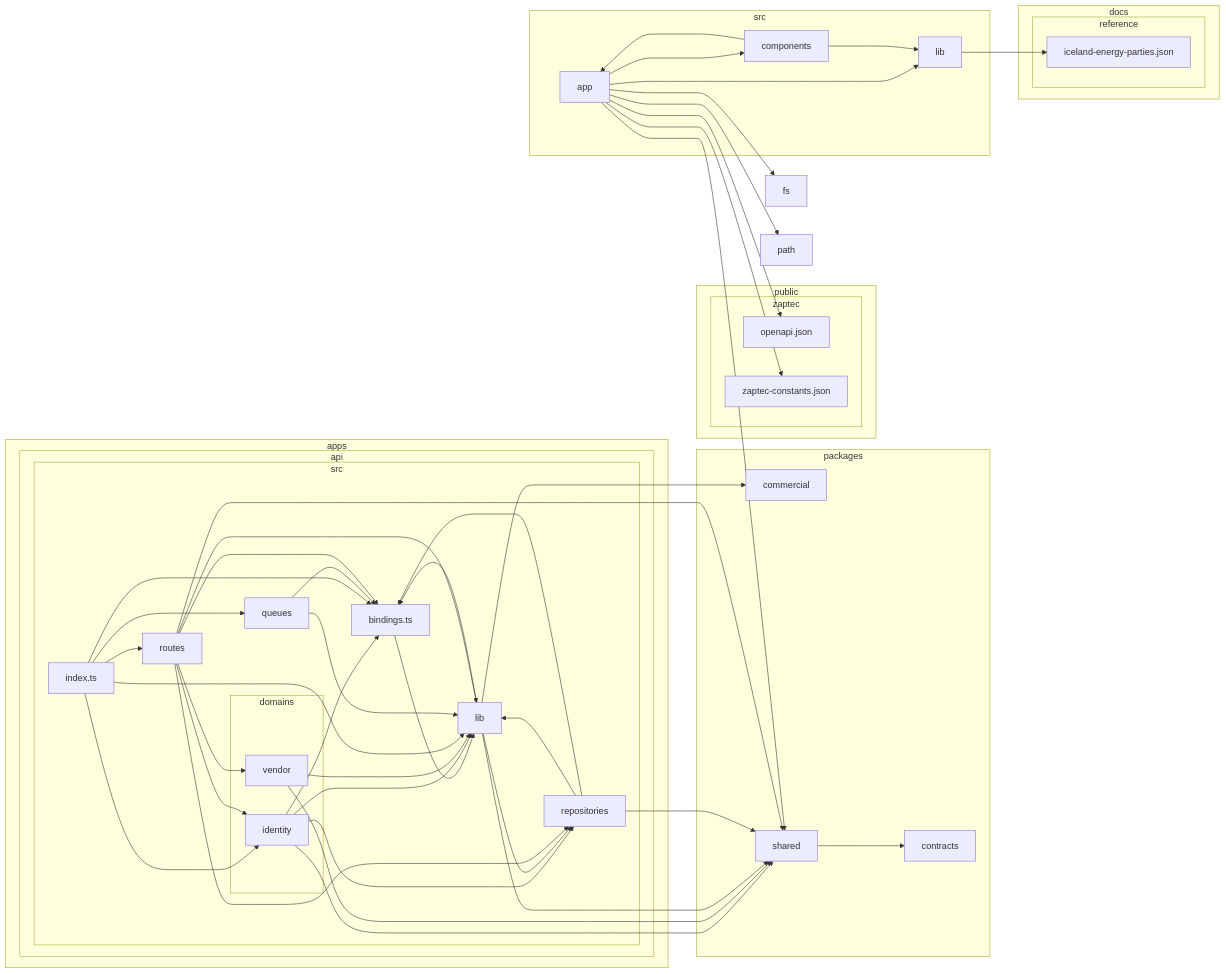
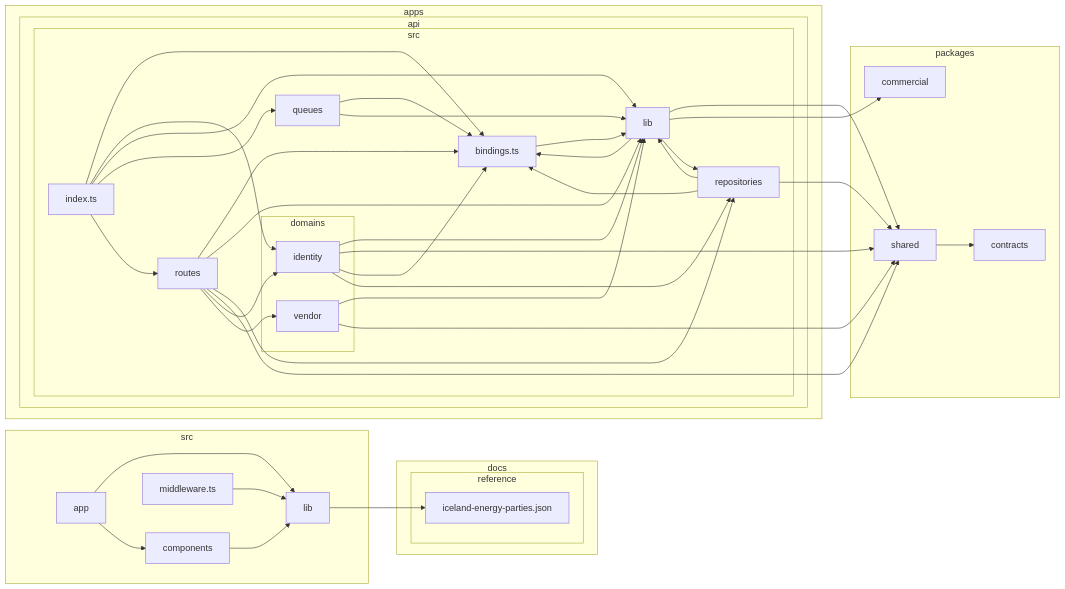
One commit to andri187/Straumvakt changed the diagram in docs/architecture/dependency-graph.md. Above: the diagram before and after it, drawn with Mermaid. The commit also changed 1 other file, not shown here.

First paragraph of the commit message:
chore(docs): regenerate dependency-graph and api-endpoints from the RC tree
Both were inherited red on this candidate. Regenerated with their canonical
generators (`npm run deps:graph`, `npm run api:endpoints`) against the release
candidate's own tree — no hand-editing of generated output.

````diff
--- a/docs/architecture/dependency-graph.md
+++ b/docs/architecture/dependency-graph.md
@@ -25,81 +25,69 @@
 ```mermaid
 flowchart LR
 
 subgraph 0["apps"]
 subgraph 1["api"]
 subgraph 2["src"]
 3["bindings.ts"]
 subgraph 4["domains"]
 5["identity"]
 6["vendor"]
 end
 7["index.ts"]
 8["lib"]
 9["queues"]
 A["repositories"]
 B["routes"]
 end
 end
 end
 subgraph C["docs"]
 subgraph D["reference"]
 E["iceland-energy-parties.json"]
 end
 end
-F["fs"]
-subgraph G["packages"]
-H["commercial"]
-I["contracts"]
-J["shared"]
+subgraph F["packages"]
+G["commercial"]
+H["contracts"]
+I["shared"]
 end
-K["path"]
-subgraph L["public"]
-subgraph M["zaptec"]
-N["openapi.json"]
-O["zaptec-constants.json"]
-end
-end
-subgraph P["src"]
-Q["app"]
-R["components"]
-S["lib"]
+subgraph J["src"]
+K["app"]
+L["components"]
+M["lib"]
+N["middleware.ts"]
 end
 3-->8
 5-->8
-5-->J
+5-->I
 5-->3
 5-->A
 6-->8
-6-->J
+6-->I
 7-->3
 7-->5
 7-->8
 7-->9
 7-->B
 8-->3
-8-->J
-8-->H
+8-->I
+8-->G
 8-->A
 9-->3
 9-->8
 A-->8
-A-->J
+A-->I
 A-->3
 B-->3
 B-->8
 B-->A
-B-->J
+B-->I
 B-->5
 B-->6
-J-->I
-Q-->R
-Q-->S
-Q-->J
-Q-->F
-Q-->K
-Q-->N
-Q-->O
-R-->S
-R-->Q
-S-->E
+I-->H
+K-->M
+K-->L
+L-->M
+M-->E
+N-->M
 ```
````
